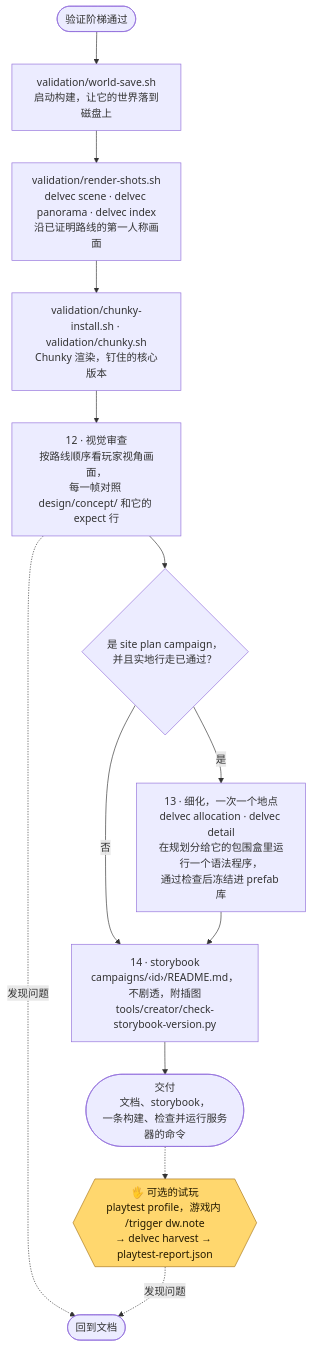
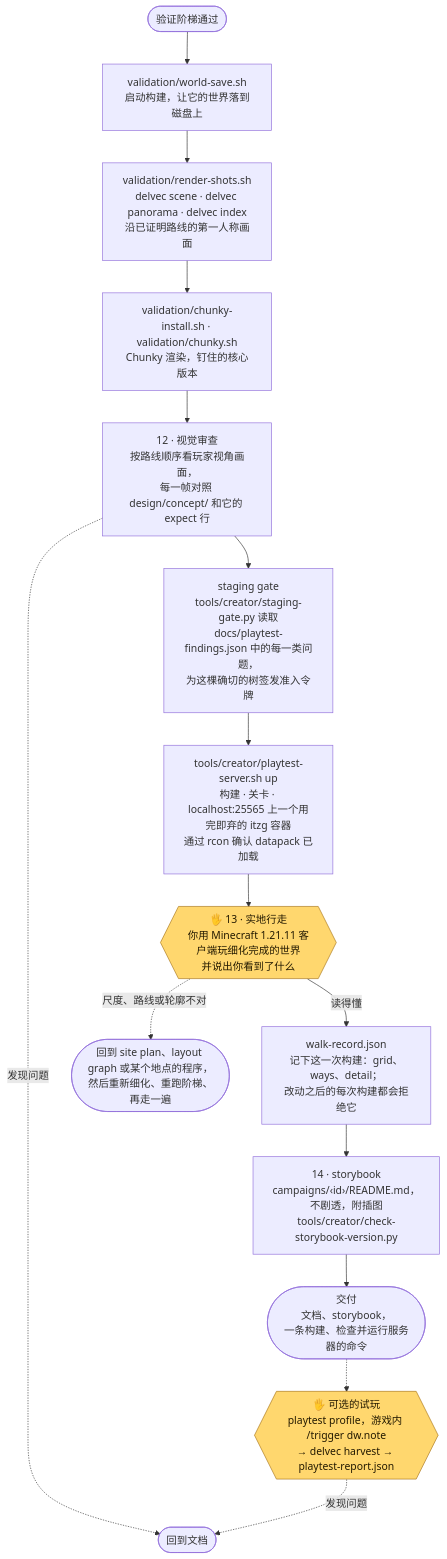
The sixth of 9 diagrams in docs/how-it-works.zh-CN.md (stellarfeline/delvewright), drawn with Mermaid before and after one commit. The commit also changed other lines of this file and 23 other files, not shown here.

````diff
--- a/docs/how-it-works.zh-CN.md
+++ b/docs/how-it-works.zh-CN.md
@@ -147,17 +145,19 @@
 ```mermaid
 flowchart TD
     G(["验证阶梯通过"]) --> WS2["validation/world-save.sh<br/>启动构建，让它的世界落到磁盘上"]
     WS2 --> RS["validation/render-shots.sh<br/>delvec scene · delvec panorama · delvec index<br/>沿已证明路线的第一人称画面"]
     RS --> CK["validation/chunky-install.sh · validation/chunky.sh<br/>Chunky 渲染，钉住的核心版本"]
     CK --> VR["12 · 视觉审查<br/>按路线顺序看玩家视角画面，<br/>每一帧对照 design/concept/ 和它的 expect 行"]
     VR -.->|"发现问题"| BACK(["回到文档"])
-    VR --> SPQ{"是 site plan campaign，<br/>并且实地行走已通过？"}
-    SPQ -->|"是"| DET["13 · 细化，一次一个地点<br/>delvec allocation · delvec detail<br/>在规划分给它的包围盒里运行一个语法程序，<br/>通过检查后冻结进 prefab 库"]
-    SPQ -->|"否"| HO
-    DET --> HO["14 · storybook<br/>campaigns/‹id›/README.md，不剧透，附插图<br/>tools/creator/check-storybook-version.py"]
+    VR --> SG["staging gate<br/>tools/creator/staging-gate.py 读取<br/>docs/playtest-findings.json 中的每一类问题，<br/>为这棵确切的树签发准入令牌"]
+    SG --> UP["tools/creator/playtest-server.sh up<br/>构建 · 关卡 · localhost:25565 上一个用完即弃的 itzg 容器<br/>通过 rcon 确认 datapack 已加载"]
+    UP --> WALK{{"🖐 13 · 实地行走<br/>你用 Minecraft 1.21.11 客户端玩细化完成的世界<br/>并说出你看到了什么"}}:::human
+    WALK -.->|"尺度、路线或轮廓不对"| REDO(["回到 site plan、layout graph 或某个地点的程序，<br/>然后重新细化、重跑阶梯、再走一遍"])
+    WALK -->|"读得懂"| WR["walk-record.json<br/>记下这一次构建：grid、ways、detail；<br/>改动之后的每次构建都会拒绝它"]
+    WR --> HO["14 · storybook<br/>campaigns/‹id›/README.md，不剧透，附插图<br/>tools/creator/check-storybook-version.py"]
     HO --> OUT(["交付<br/>文档、storybook，<br/>一条构建、检查并运行服务器的命令"])
     OUT -.-> PLAY{{"🖐 可选的试玩<br/>playtest profile，游戏内 /trigger dw.note<br/>→ delvec harvest → playtest-report.json"}}:::human
     PLAY -.->|"发现问题"| BACK
 
     classDef human fill:#ffd76e,stroke:#a9761a,color:#241a00
 ```
````
